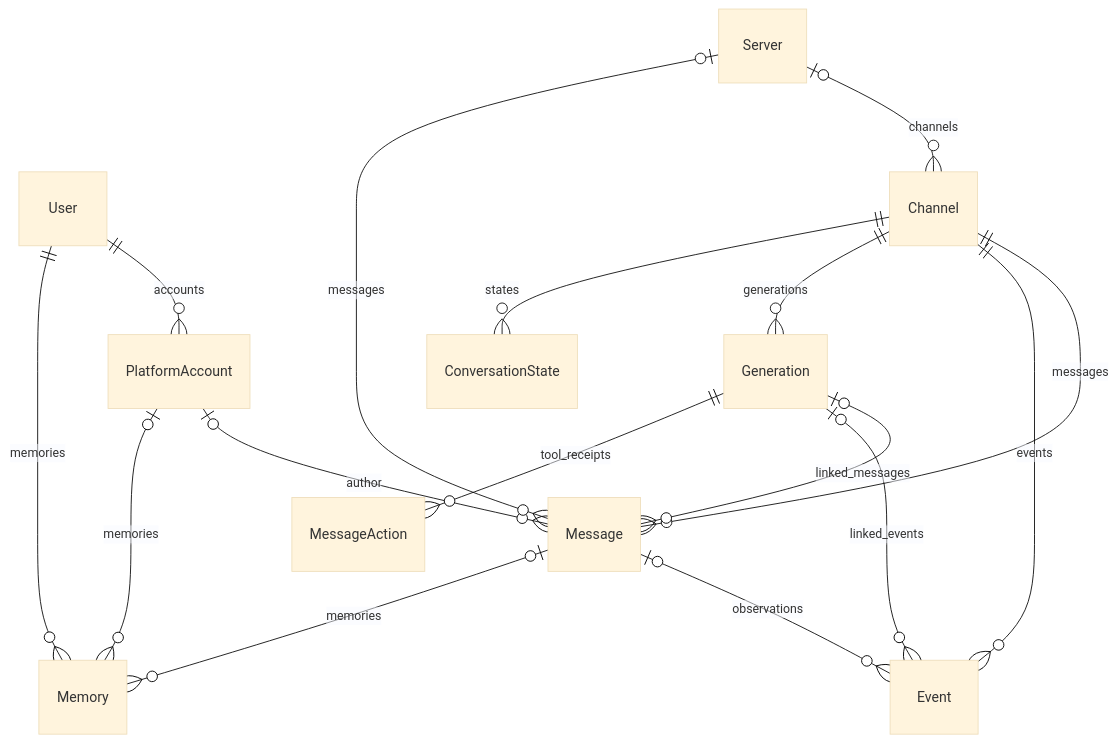
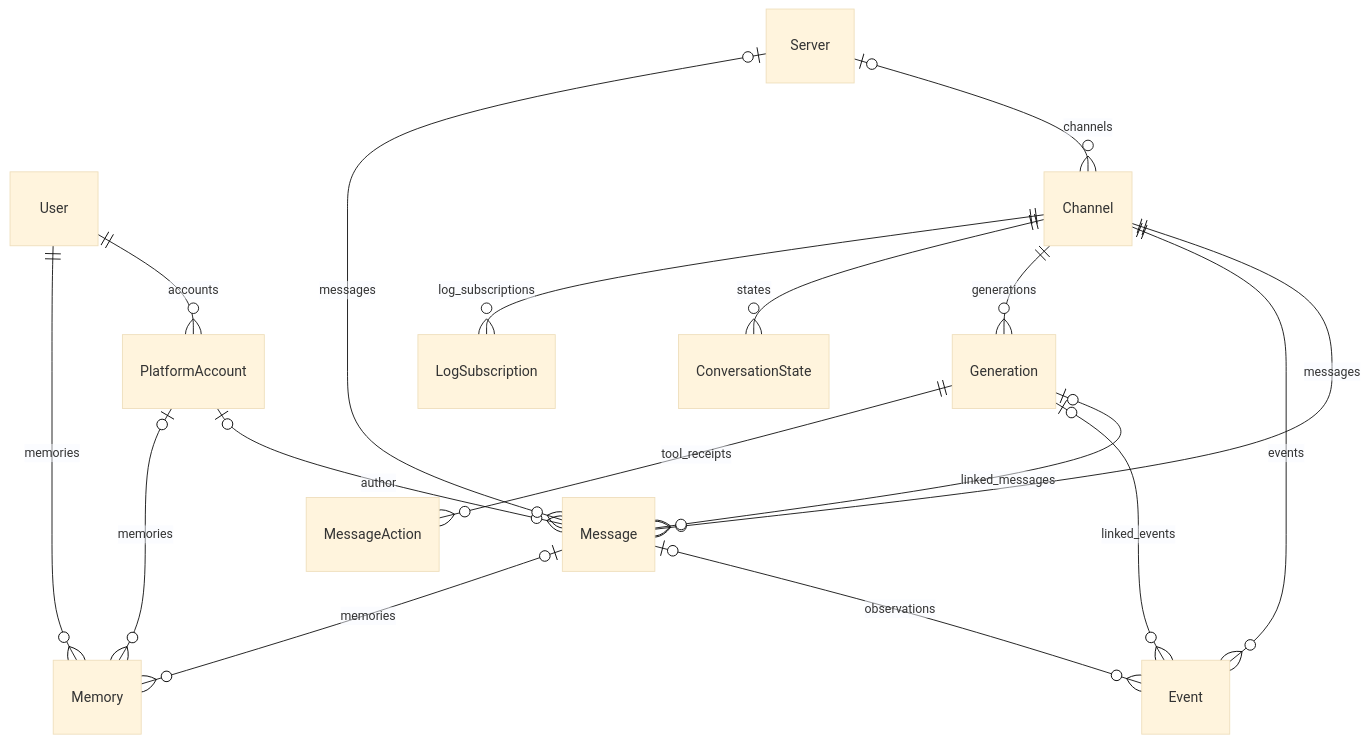
The diagram in docs/데이터/데이터 모델.md (uheej0625/aimate), drawn with Mermaid (base theme) before and after one commit. The commit also changed other lines of this file and 77 other files, not shown here.

````diff
--- a/docs/데이터/데이터 모델.md
+++ b/docs/데이터/데이터 모델.md
@@ -5,18 +5,19 @@
 ```mermaid
 erDiagram
     User ||--o{ PlatformAccount : accounts
     PlatformAccount o|--o{ Message : author
     Server o|--o{ Channel : channels
     Server o|--o{ Message : messages
     Channel ||--o{ Message : messages
     Channel ||--o{ Event : events
     Channel ||--o{ Generation : generations
     Channel ||--o{ ConversationState : states
+    Channel ||--o{ LogSubscription : log_subscriptions
     Message o|--o{ Event : observations
     Generation o|--o{ Message : linked_messages
     Generation o|--o{ Event : linked_events
     Generation ||--o{ MessageAction : tool_receipts
     User ||--o{ Memory : memories
     PlatformAccount o|--o{ Memory : memories
     Message o|--o{ Memory : memories
 ```
````
